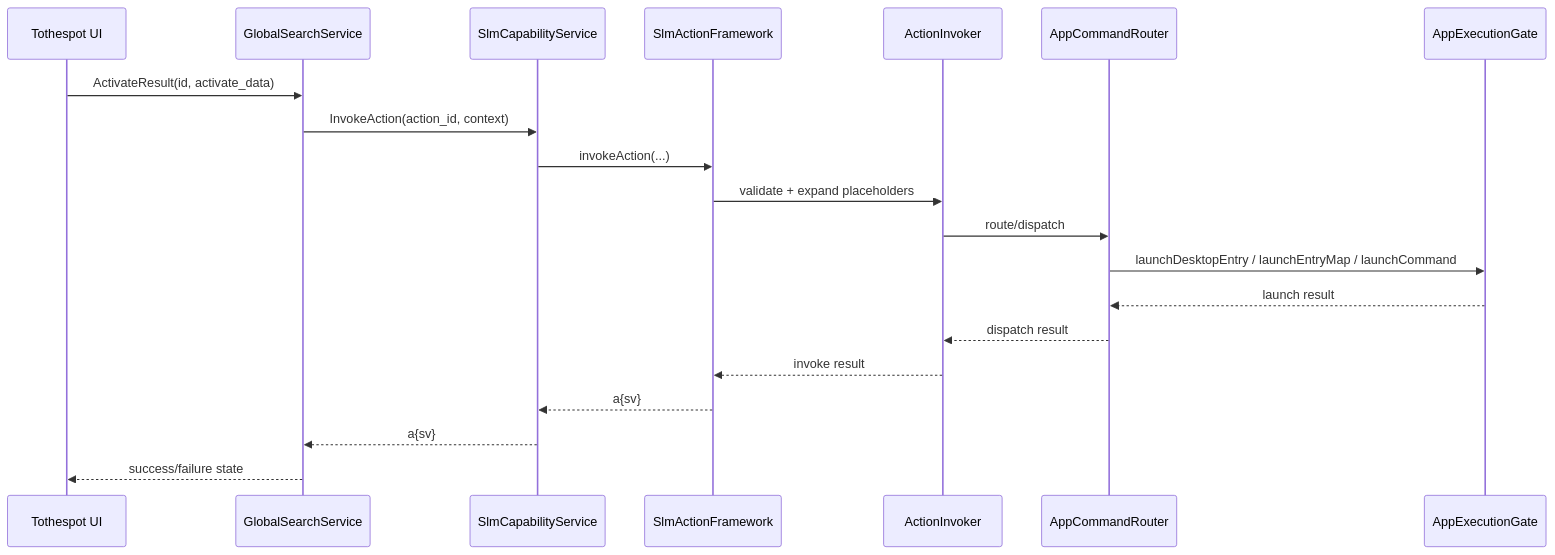
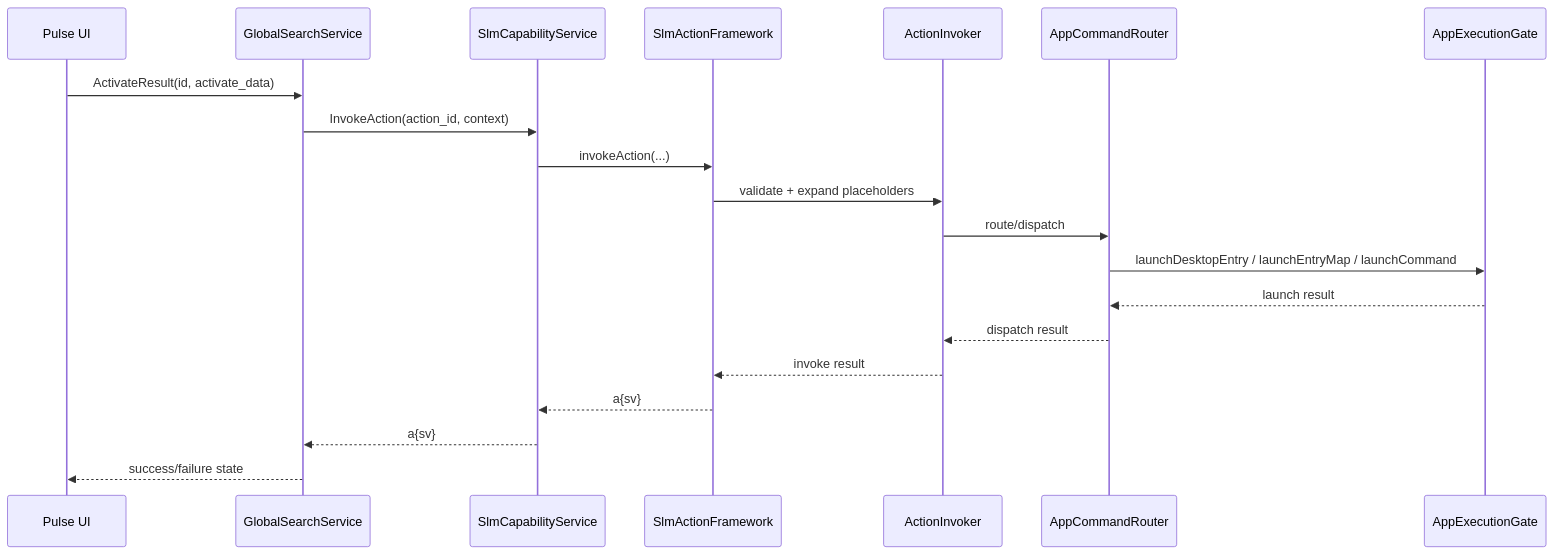
The third of 3 diagrams in docs/architecture/TOTHESPOT_FLOW.md (mumulalasoft/slm-desktop), drawn with Mermaid before and after one commit. The commit also changed other lines of this file and 157 other files, not shown here.

````diff
--- a/docs/architecture/TOTHESPOT_FLOW.md
+++ b/docs/architecture/TOTHESPOT_FLOW.md
@@ -44,23 +44,23 @@
 ```mermaid
 sequenceDiagram
-    participant U as Tothespot UI
+    participant U as Pulse UI
     participant G as GlobalSearchService
     participant S as SlmCapabilityService
     participant F as SlmActionFramework
     participant I as ActionInvoker
     participant A as AppCommandRouter
     participant E as AppExecutionGate
 
     U->>G: ActivateResult(id, activate_data)
     G->>S: InvokeAction(action_id, context)
     S->>F: invokeAction(...)
     F->>I: validate + expand placeholders
     I->>A: route/dispatch
     A->>E: launchDesktopEntry / launchEntryMap / launchCommand
     E-->>A: launch result
     A-->>I: dispatch result
     I-->>F: invoke result
     F-->>S: a{sv}
     S-->>G: a{sv}
     G-->>U: success/failure state
 ```
````
